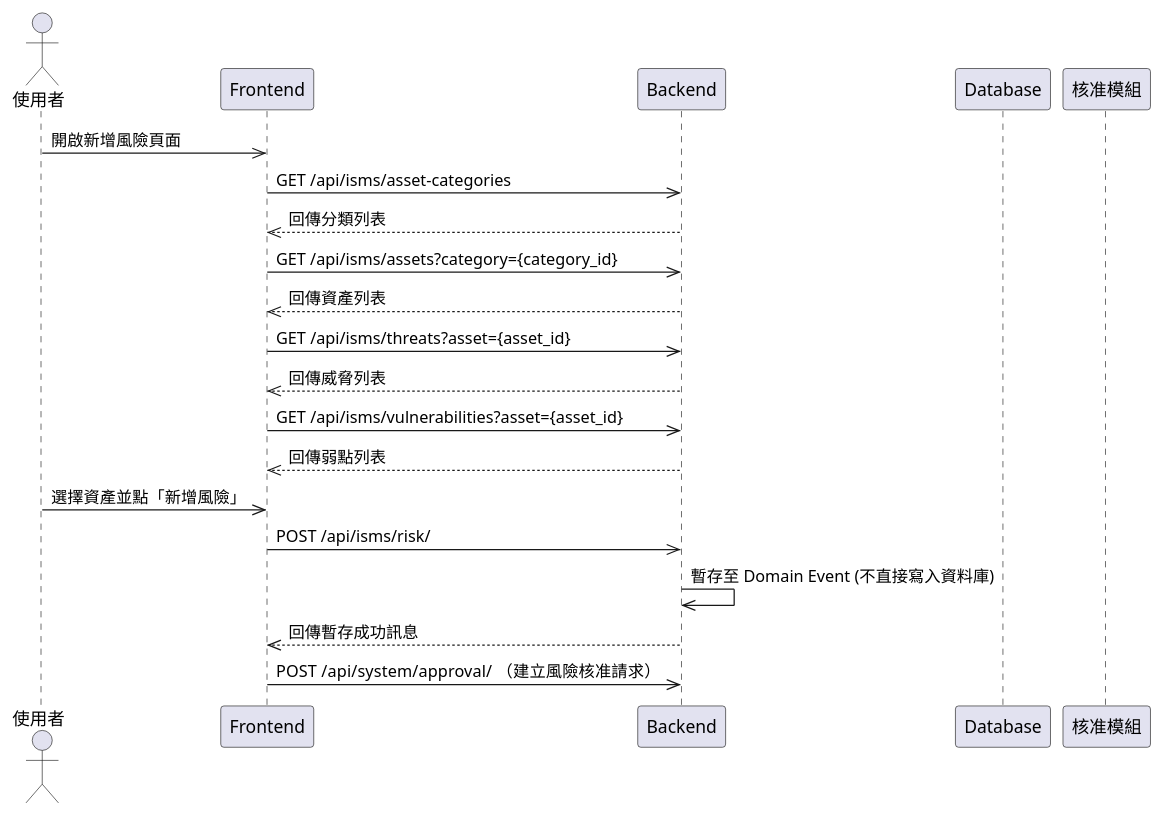
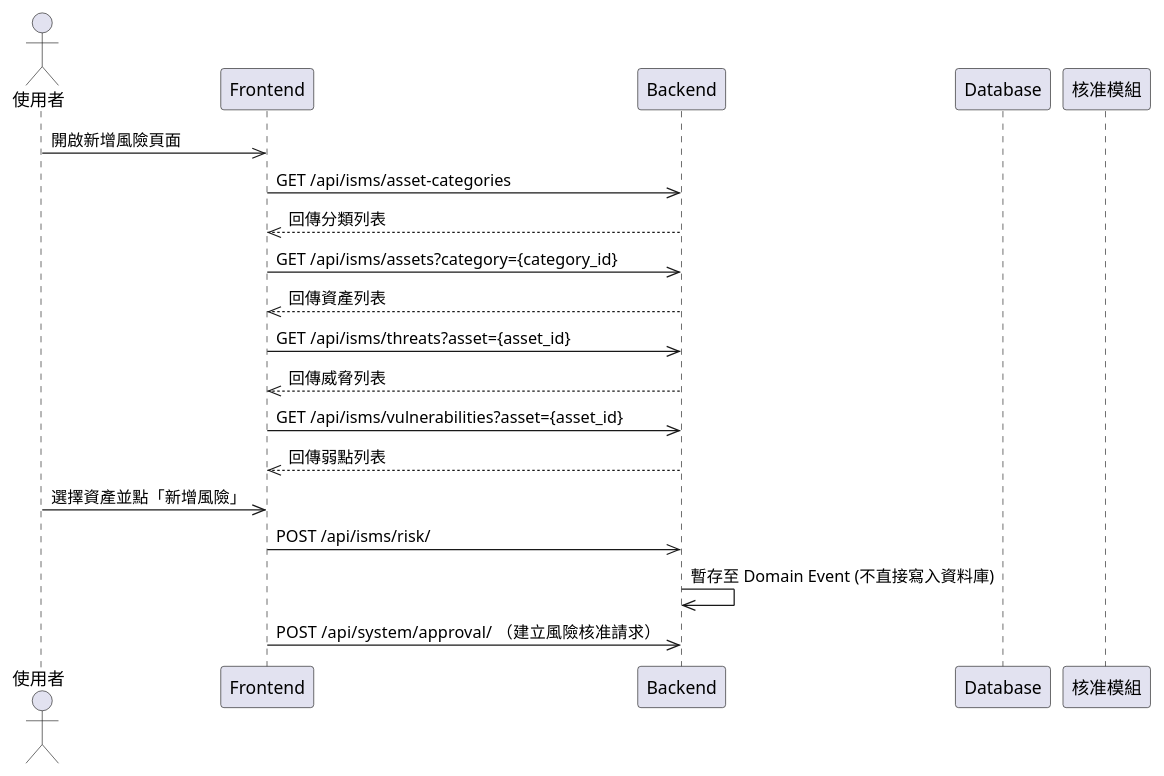
One commit to walle45611/NTUB_SecuManag_Diagram changed the diagram in plantUML/sequence/risk_evaluation.puml. Above: the diagram before and after it, drawn with PlantUML. The commit also changed 4 other files, not shown here.

Commit message:
feat: 更新流程圖，將資料暫存至 Domain Event 以改善資產與設定的核准流程

```diff
--- a/plantUML/sequence/risk_evaluation.puml
+++ b/plantUML/sequence/risk_evaluation.puml
@@ -1,22 +1,21 @@
 @startuml
 actor User as "使用者"
 participant Frontend
 participant Backend
 participant Database
 participant Approval as "核准模組"
 
 User ->> Frontend: 開啟新增風險頁面
 Frontend ->> Backend: GET /api/isms/asset-categories
 Backend -->> Frontend: 回傳分類列表
 Frontend ->> Backend: GET /api/isms/assets?category={category_id}
 Backend -->> Frontend: 回傳資產列表
 Frontend ->> Backend: GET /api/isms/threats?asset={asset_id}
 Backend -->> Frontend: 回傳威脅列表
 Frontend ->> Backend: GET /api/isms/vulnerabilities?asset={asset_id}
 Backend -->> Frontend: 回傳弱點列表
 User ->> Frontend: 選擇資產並點「新增風險」
 Frontend ->> Backend: POST /api/isms/risk/
 Backend ->> Backend: 暫存至 Domain Event (不直接寫入資料庫)
-Backend -->> Frontend: 回傳暫存成功訊息
 Frontend ->> Backend: POST /api/system/approval/  （建立風險核准請求）
 @enduml
```
